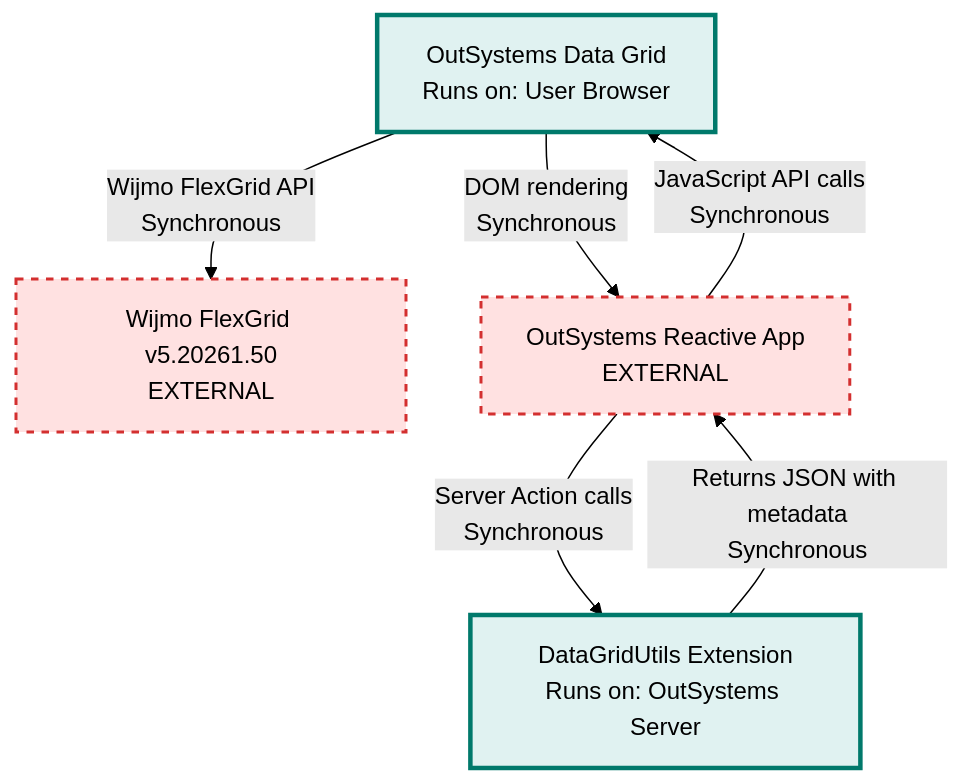
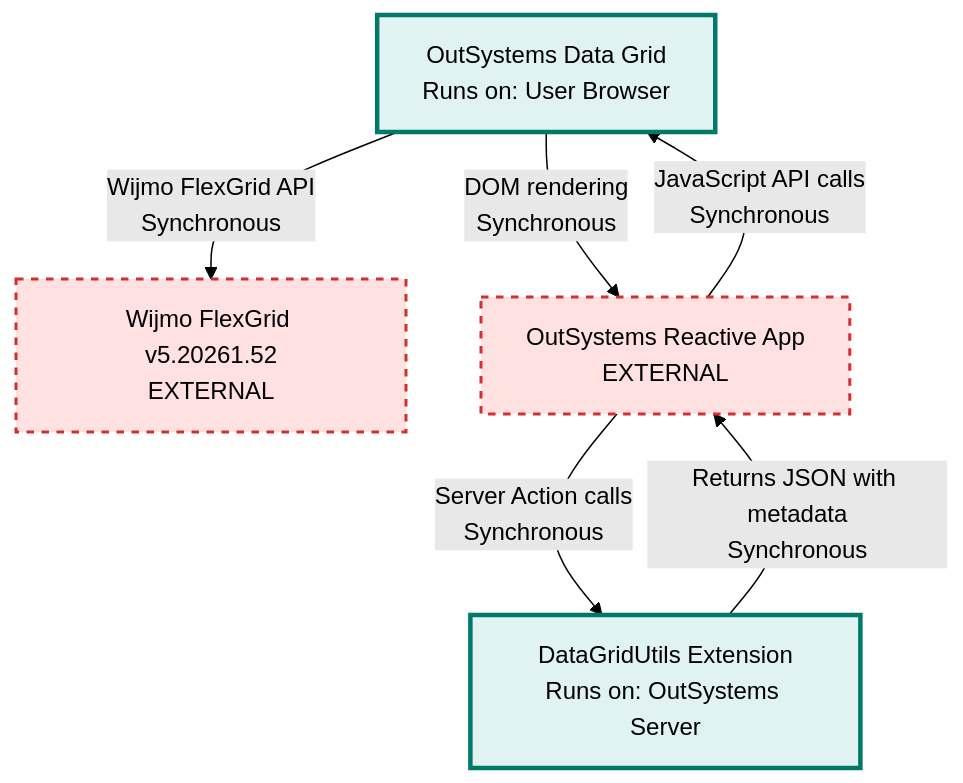
The diagram in ARCHITECTURE.md (OutSystems/outsystems-datagrid), drawn with Mermaid (forest theme) before and after one commit. The commit also changed other lines of this file and 161 other files, not shown here.

````diff
--- a/ARCHITECTURE.md
+++ b/ARCHITECTURE.md
@@ -13,24 +13,24 @@
 ```mermaid
 graph TB
     %% This repository components
     Browser["OutSystems Data Grid<br/>Runs on: User Browser"]
     Extension["DataGridUtils Extension<br/>Runs on: OutSystems Server"]
 
     %% External services
-    WijmoLib[Wijmo FlexGrid v5.20261.50<br/>EXTERNAL]
+    WijmoLib[Wijmo FlexGrid v5.20261.52<br/>EXTERNAL]
     OSApp[OutSystems Reactive App<br/>EXTERNAL]
 
     %% Communication flows
     OSApp -->|JavaScript API calls<br/>Synchronous| Browser
     Browser -->|Wijmo FlexGrid API<br/>Synchronous| WijmoLib
     OSApp -->|Server Action calls<br/>Synchronous| Extension
     Extension -->|Returns JSON with metadata<br/>Synchronous| OSApp
     Browser -->|DOM rendering<br/>Synchronous| OSApp
 
     %% Styling
     classDef thisRepo fill:#e0f2f1,stroke:#00796b,stroke-width:3px
     classDef external fill:#ffe1e1,stroke:#d32f2f,stroke-width:2px,stroke-dasharray: 5 5
 
     class Browser,Extension thisRepo
     class WijmoLib,OSApp external
 ```
````
